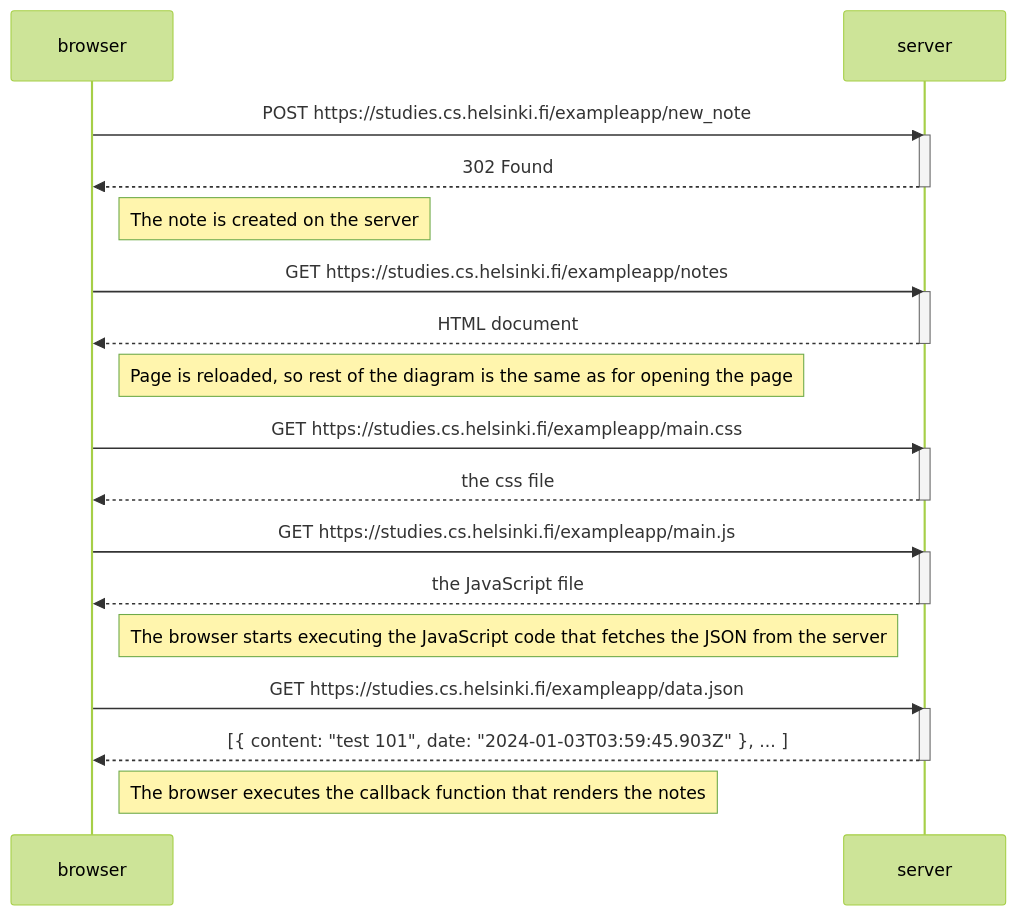
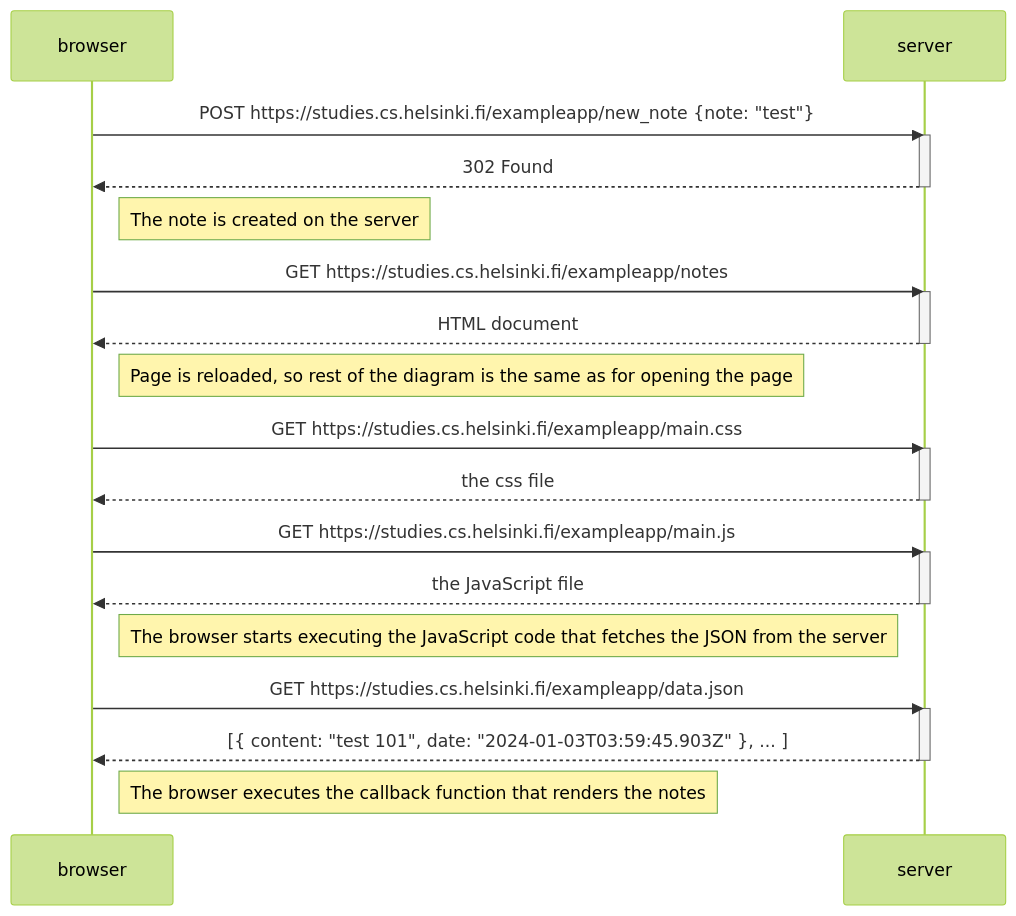
The diagram in part0/new_note_diagram.md (maab19/FullStackExercises), drawn with Mermaid (forest theme) before and after one commit. The commit also changed 1 other file, not shown here.

````diff
--- a/part0/new_note_diagram.md
+++ b/part0/new_note_diagram.md
@@ -1,38 +1,38 @@
 ```mermaid
 sequenceDiagram
     participant browser
     participant server
 
-    browser->>server: POST https://studies.cs.helsinki.fi/exampleapp/new_note
+    browser->>server: POST https://studies.cs.helsinki.fi/exampleapp/new_note {note: "test"}
     activate server
     server-->>browser: 302 Found
     deactivate server
 
     Note right of browser: The note is created on the server
 
     browser->>server: GET https://studies.cs.helsinki.fi/exampleapp/notes
     activate server
     server-->>browser: HTML document
     deactivate server
 
     Note right of browser: Page is reloaded, so rest of the diagram is the same as for opening the page
 
     browser->>server: GET https://studies.cs.helsinki.fi/exampleapp/main.css
     activate server
     server-->>browser: the css file
     deactivate server
 
     browser->>server: GET https://studies.cs.helsinki.fi/exampleapp/main.js
     activate server
     server-->>browser: the JavaScript file
     deactivate server
 
     Note right of browser: The browser starts executing the JavaScript code that fetches the JSON from the server
 
     browser->>server: GET https://studies.cs.helsinki.fi/exampleapp/data.json
     activate server
     server-->>browser: [{ content: "test 101", date: "2024-01-03T03:59:45.903Z" }, ... ]
     deactivate server
 
     Note right of browser: The browser executes the callback function that renders the notes
 ```
````
